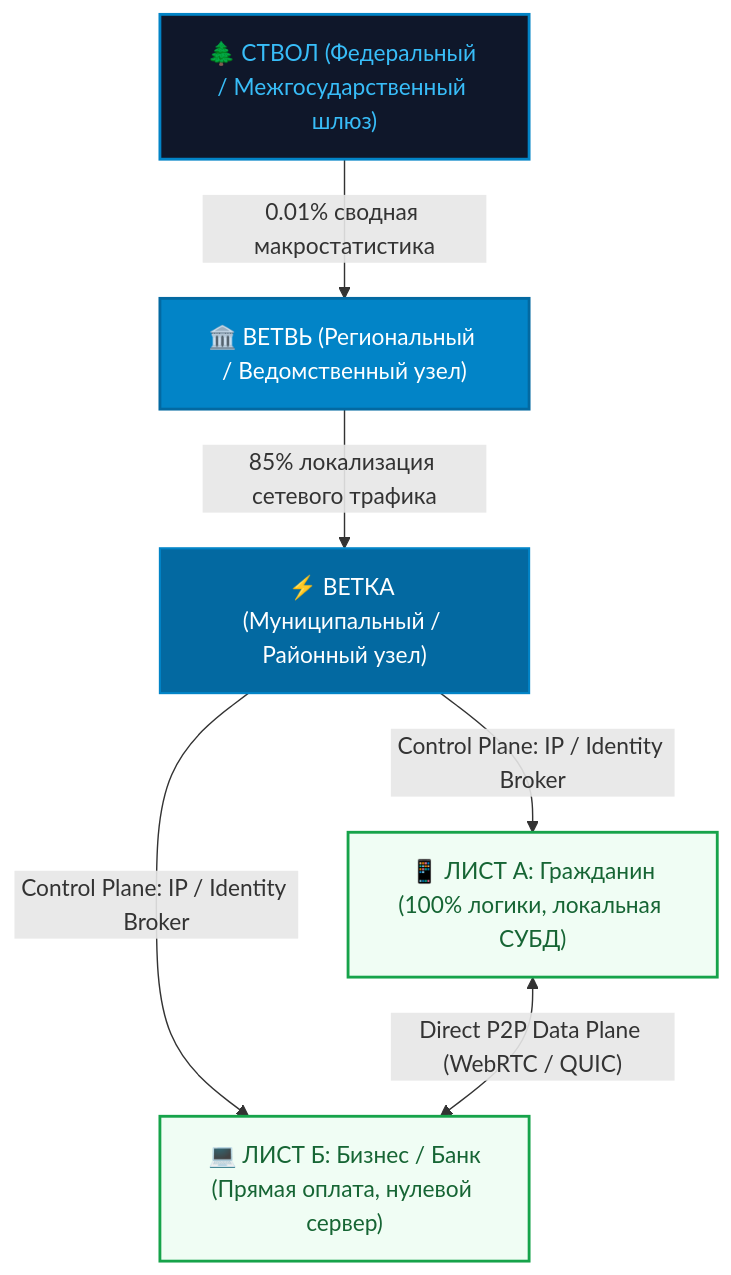
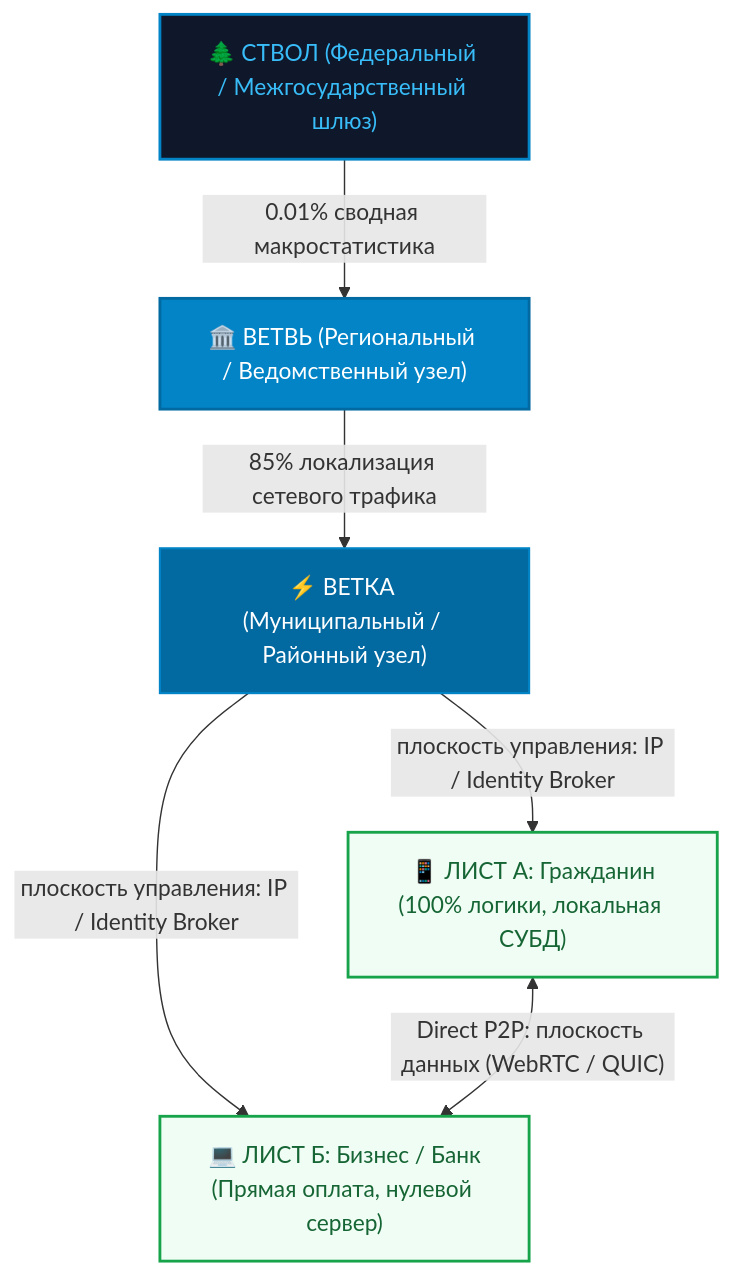
Before and after one commit to Data-Independence-Network/presentations: the first of 7 diagrams in overall_presentations/02_stakeholders_benefits_presentation/docs/turbase_stakeholders_value_matrix.md, drawn with Mermaid. The commit also changed other lines of this file and 88 other files, not shown here.

````diff
--- a/overall_presentations/02_stakeholders_benefits_presentation/docs/turbase_stakeholders_value_matrix.md
+++ b/overall_presentations/02_stakeholders_benefits_presentation/docs/turbase_stakeholders_value_matrix.md
@@ -28,19 +28,19 @@
 ```mermaid
 graph TD
     classDef stem fill:#0f172a,stroke:#0284c7,stroke-width:2px,color:#38bdf8;
     classDef branch fill:#0284c7,stroke:#0369a1,stroke-width:2px,color:#ffffff;
     classDef subbranch fill:#0369a1,stroke:#0284c7,stroke-width:1.5px,color:#ffffff;
     classDef leaf fill:#f0fdf4,stroke:#16a34a,stroke-width:2px,color:#166534;
 
     Stem["🌲 СТВОЛ (Федеральный / Межгосударственный шлюз)"]:::stem
     Branch["🏛️ ВЕТВЬ (Региональный / Ведомственный узел)"]:::branch
     SubBranch["⚡ ВЕТКА (Муниципальный / Районный узел)"]:::subbranch
     LeafA["📱 ЛИСТ А: Гражданин<br/>(100% логики, локальная СУБД)"]:::leaf
     LeafB["💻 ЛИСТ Б: Бизнес / Банк<br/>(Прямая оплата, нулевой сервер)"]:::leaf
 
     Stem -->|"0.01% сводная макростатистика"| Branch
     Branch -->|"85% локализация сетевого трафика"| SubBranch
-    SubBranch -->|"Control Plane: IP / Identity Broker"| LeafA
-    SubBranch -->|"Control Plane: IP / Identity Broker"| LeafB
-    LeafA <-->|"Direct P2P Data Plane (WebRTC / QUIC)"| LeafB
+    SubBranch -->|"плоскость управления: IP / Identity Broker"| LeafA
+    SubBranch -->|"плоскость управления: IP / Identity Broker"| LeafB
+    LeafA <-->|"Direct P2P: плоскость данных (WebRTC / QUIC)"| LeafB
 ```
````
